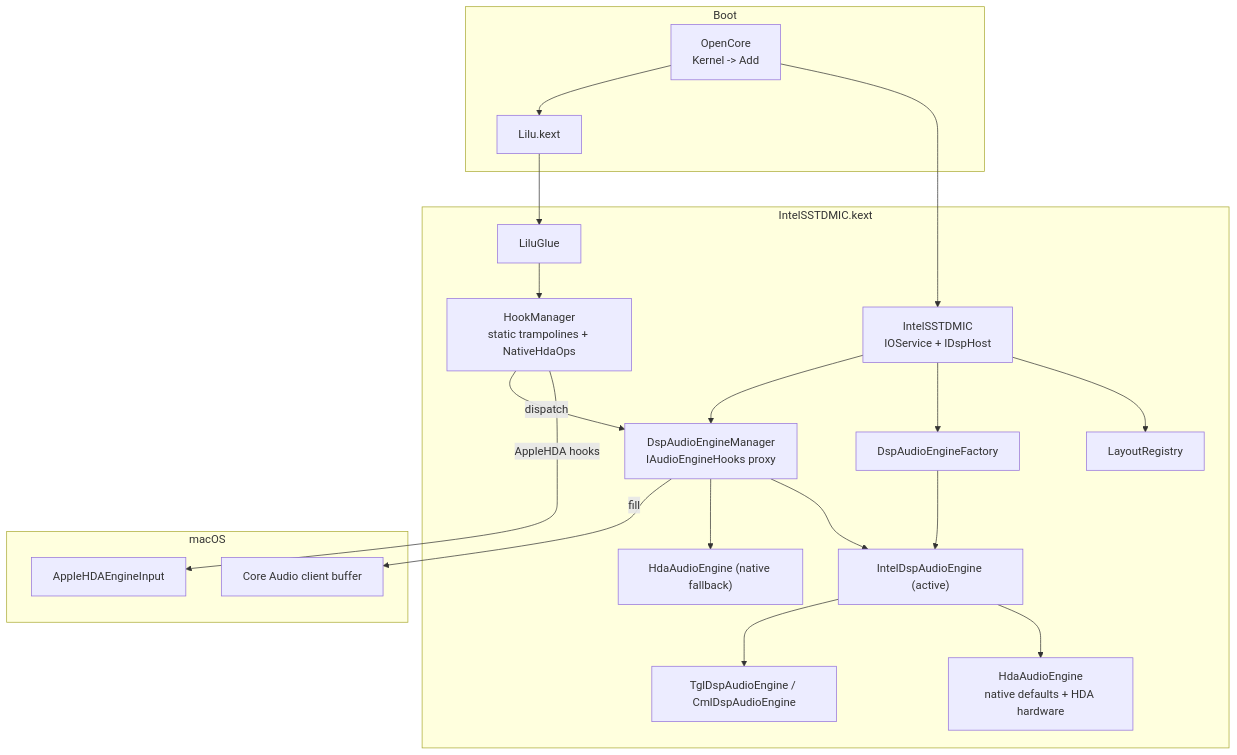
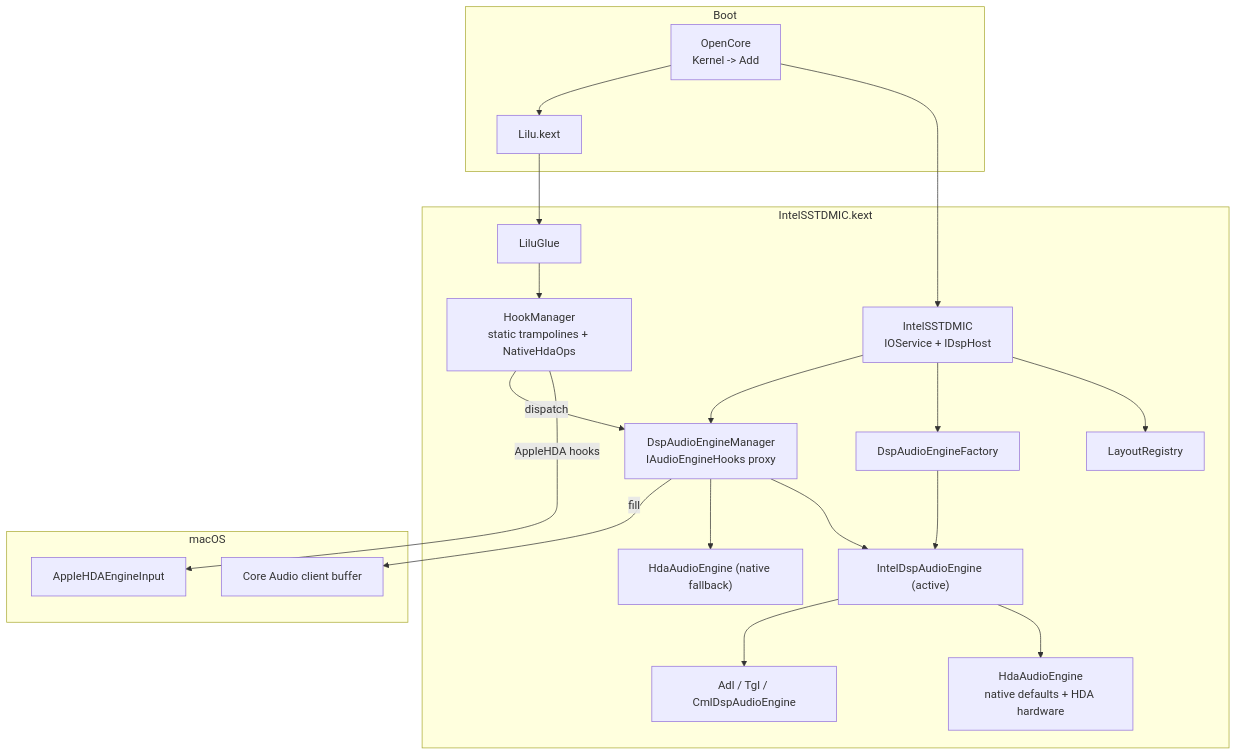
One commit to frstprjkt/IntelSSTDMIC changed the first of 3 diagrams in docs/architecture.md. Above: the diagram before and after it, drawn with Mermaid. The commit also changed other lines of this file and 13 other files, not shown here.

````diff
--- a/docs/architecture.md
+++ b/docs/architecture.md
@@ -33,41 +33,41 @@
 ```mermaid
 flowchart TB
     subgraph Boot["Boot"]
         OC["OpenCore<br/>Kernel -> Add"]
         LILU["Lilu.kext"]
     end
 
     subgraph Kext["IntelSSTDMIC.kext"]
         LG["LiluGlue"]
         HM["HookManager<br/>static trampolines + NativeHdaOps"]
         SVC["IntelSSTDMIC<br/>IOService + IDspHost"]
         LR["LayoutRegistry"]
         MG["DspAudioEngineManager<br/>IAudioEngineHooks proxy"]
         FAC["DspAudioEngineFactory"]
         DE["IntelDspAudioEngine (active)"]
         HDA["HdaAudioEngine<br/>native defaults + HDA hardware"]
-        PLAT["TglDspAudioEngine / CmlDspAudioEngine"]
+        PLAT["Adl / Tgl / CmlDspAudioEngine"]
         NAT["HdaAudioEngine (native fallback)"]
     end
 
     subgraph System["macOS"]
         AH["AppleHDAEngineInput"]
         CA["Core Audio client buffer"]
     end
 
     OC --> SVC
     OC --> LILU
     LILU --> LG
     LG --> HM
     SVC --> LR
     SVC --> FAC
     SVC --> MG
     MG --> DE
     MG --> NAT
     FAC --> DE
     DE --> HDA
     DE --> PLAT
     HM -->|AppleHDA hooks| AH
     HM -->|dispatch| MG
     MG -->|fill| CA
 ```
````
